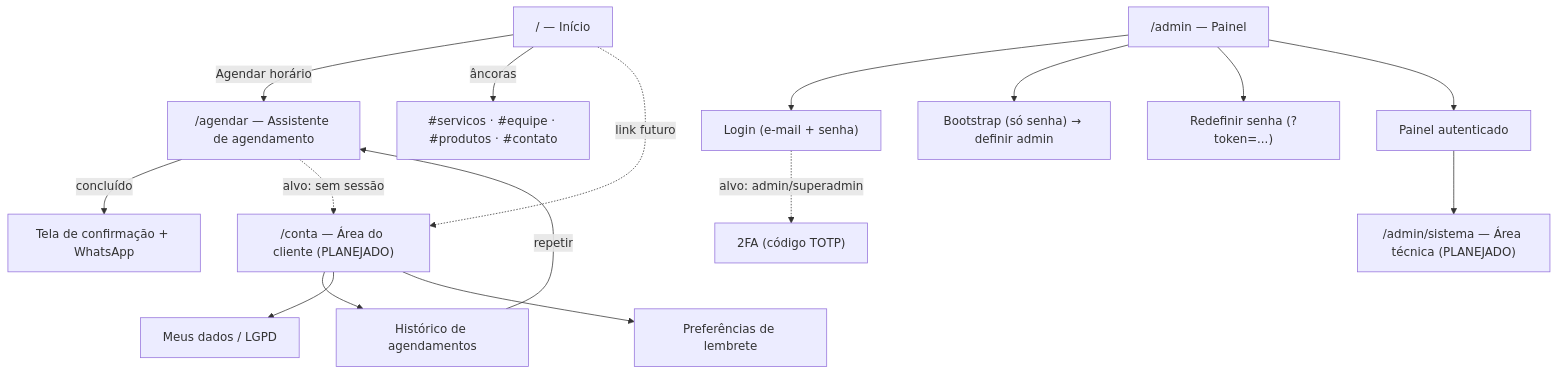
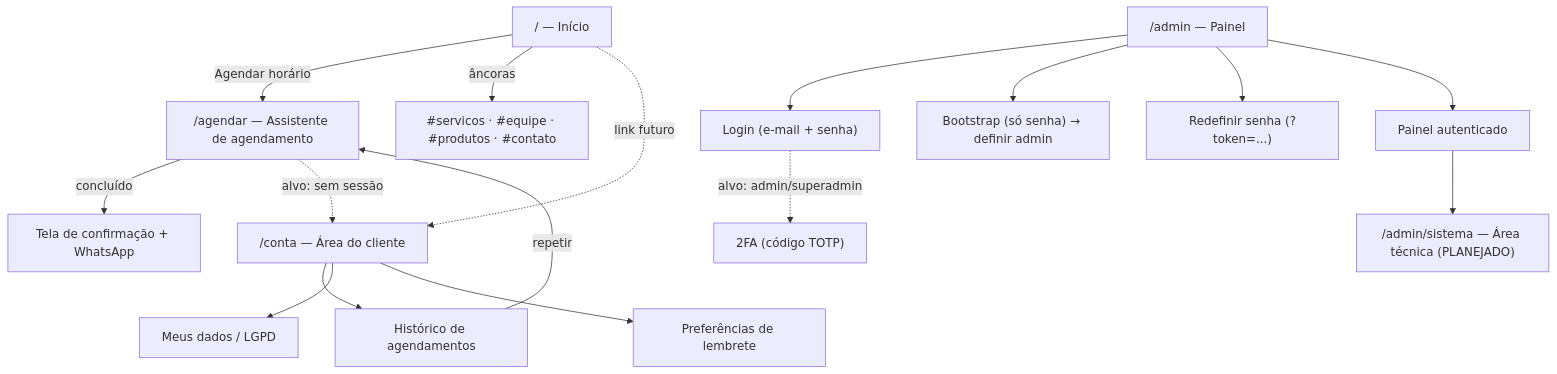
One commit to gabrielvizoni/Barbosa changed the diagram in docs/07-navegacao.md. Above: the diagram before and after it, drawn with Mermaid. The commit also changed other lines of this file and 39 other files, not shown here.

First line of the commit message:
feat(conta): conta de cliente, LGPD e agendamento autenticado

````diff
--- a/docs/07-navegacao.md
+++ b/docs/07-navegacao.md
@@ -11,26 +11,26 @@
 ```mermaid
 flowchart TD
     Home["/ — Início"]
     Agendar["/agendar — Assistente de agendamento"]
     Admin["/admin — Painel"]
-    Conta["/conta — Área do cliente (PLANEJADO)"]
+    Conta["/conta — Área do cliente"]
     Sistema["/admin/sistema — Área técnica (PLANEJADO)"]
 
     Home -->|Agendar horário| Agendar
     Home -->|âncoras| Secoes["#servicos · #equipe · #produtos · #contato"]
     Agendar -->|concluído| Confirmacao["Tela de confirmação + WhatsApp"]
     Agendar -.->|alvo: sem sessão| Conta
 
     Home -.->|link futuro| Conta
     Conta --> Historico["Histórico de agendamentos"]
     Conta --> Dados["Meus dados / LGPD"]
     Conta --> Lembretes["Preferências de lembrete"]
     Historico -->|repetir| Agendar
 
     Admin --> Login["Login (e-mail + senha)"]
     Login -.->|alvo: admin/superadmin| DoisFA["2FA (código TOTP)"]
     Admin --> Boot["Bootstrap (só senha) → definir admin"]
     Admin --> Reset["Redefinir senha (?token=...)"]
     Admin --> Painel["Painel autenticado"]
     Painel --> Sistema
 ```
````
